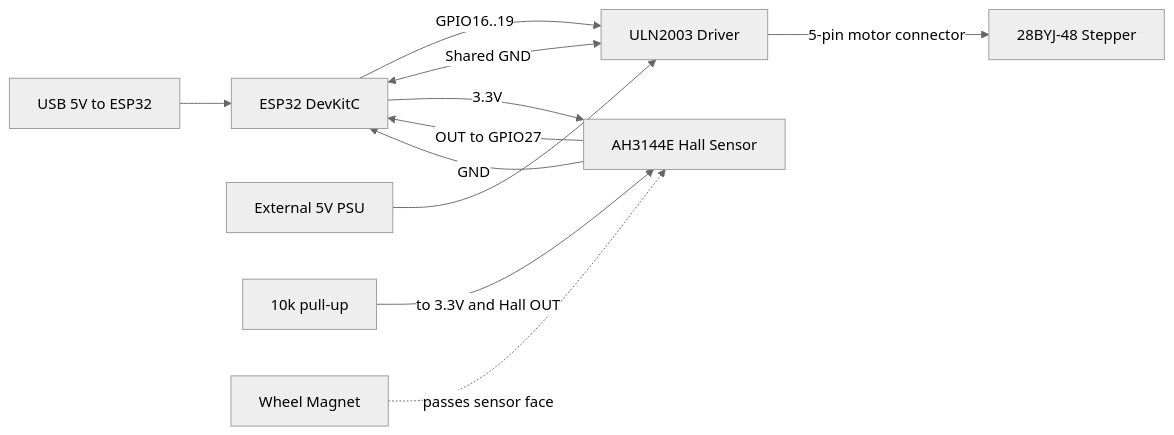
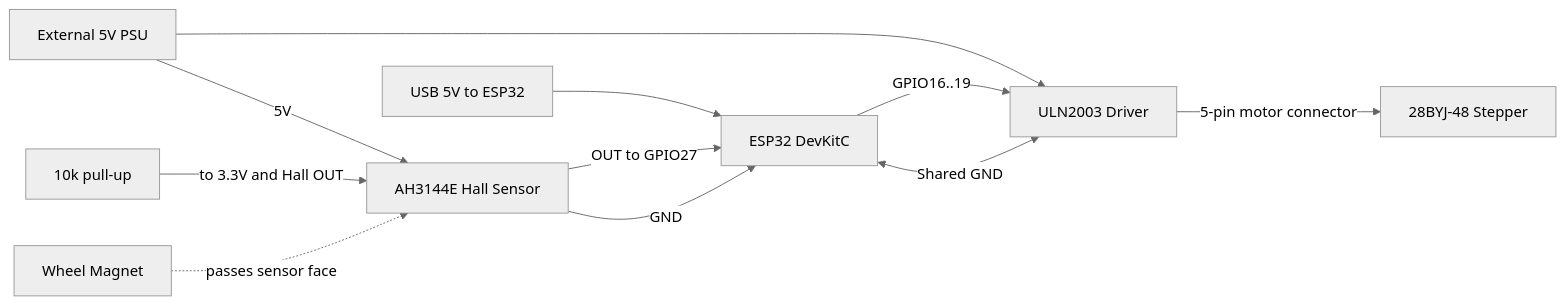
The first of 2 diagrams in projects/swan-countdown-timer/electronics/wiring/first-digit-prototype-r0-wiring-map.md (adrianroworth/project-108), drawn with Mermaid (neutral theme) before and after one commit. The commit also changed other lines of this file and 2 other files, not shown here.

First line of the commit message:
docs(swan): align stage-01 BOM and wiring for Hall 5V power

````diff
--- a/projects/swan-countdown-timer/electronics/wiring/first-digit-prototype-r0-wiring-map.md
+++ b/projects/swan-countdown-timer/electronics/wiring/first-digit-prototype-r0-wiring-map.md
@@ -22,13 +22,13 @@
 ```mermaid
 flowchart LR
 	USB[USB 5V to ESP32] --> ESP32[ESP32 DevKitC]
 	PSU[External 5V PSU] --> ULN[ULN2003 Driver]
+	PSU -->|5V| HALL[AH3144E Hall Sensor]
 	ESP32 -->|GPIO16..19| ULN
 	ULN -->|5-pin motor connector| M[28BYJ-48 Stepper]
 	ESP32 <-->|Shared GND| ULN
-	ESP32 -->|3.3V| HALL[AH3144E Hall Sensor]
 	HALL -->|OUT to GPIO27| ESP32
 	HALL -->|GND| ESP32
 	R[10k pull-up] -->|to 3.3V and Hall OUT| HALL
 	MAG[Wheel Magnet] -.passes sensor face.-> HALL
 ```
````
